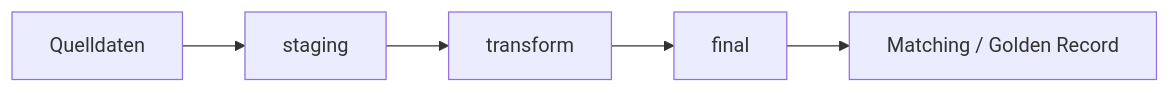
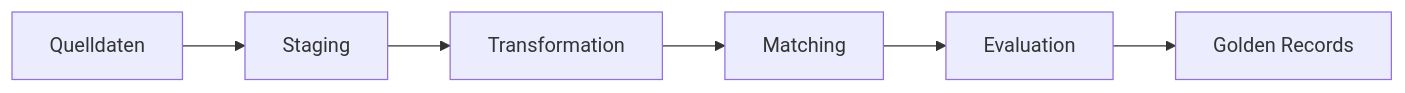
One commit to RonjaBot/DPI-SoSe26-Brainicles changed the diagram in README.md. Above: the diagram before and after it, drawn with Mermaid. The commit also changed other lines of this file, not shown here.

````diff
--- a/README.md
+++ b/README.md
@@ -162,7 +149,8 @@
 ```mermaid
 flowchart LR
-Q[Quelldaten] --> S[staging]
-S --> T[transform]
-T --> F[final]
-F --> M[Matching / Golden Record]
+Q[Quelldaten] --> B[Staging]
+B --> T[Transformation]
+T --> M[Matching]
+M --> E[Evaluation]
+E --> G[Golden Records]
 ```
````
